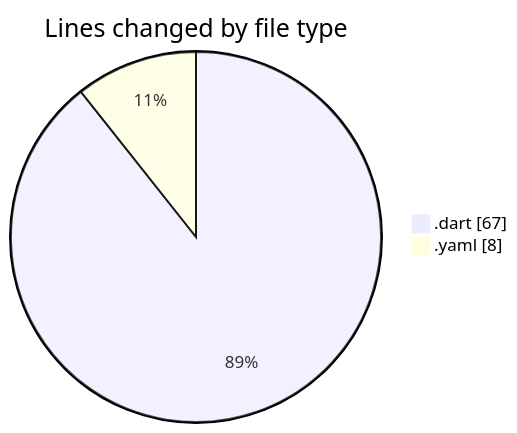
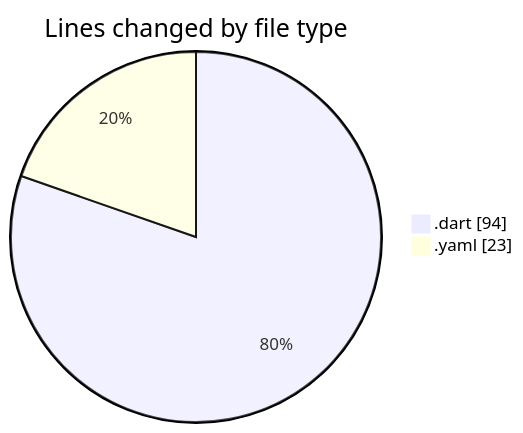
One commit to lephambinh05/code-tracking changed the first of 2 diagrams in 2025-07-30/appproject/README.md. Above: the diagram before and after it, drawn with Mermaid. The commit also changed other lines of this file and 1 other file, not shown here.

````diff
--- a/2025-07-30/appproject/README.md
+++ b/2025-07-30/appproject/README.md
@@ -22,6 +23,6 @@
 ```mermaid
 pie showData
 title Lines changed by file type
-".dart" : 67
-".yaml" : 8
+".dart" : 94
+".yaml" : 23
 ```
````
